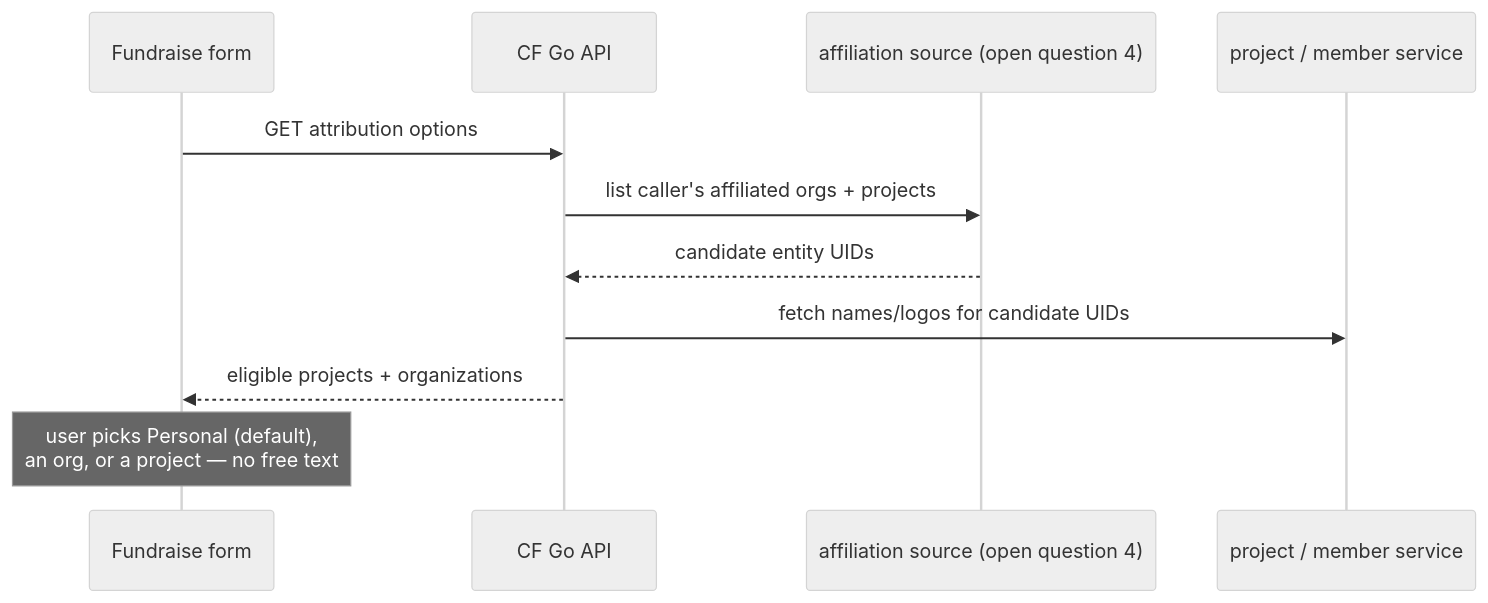
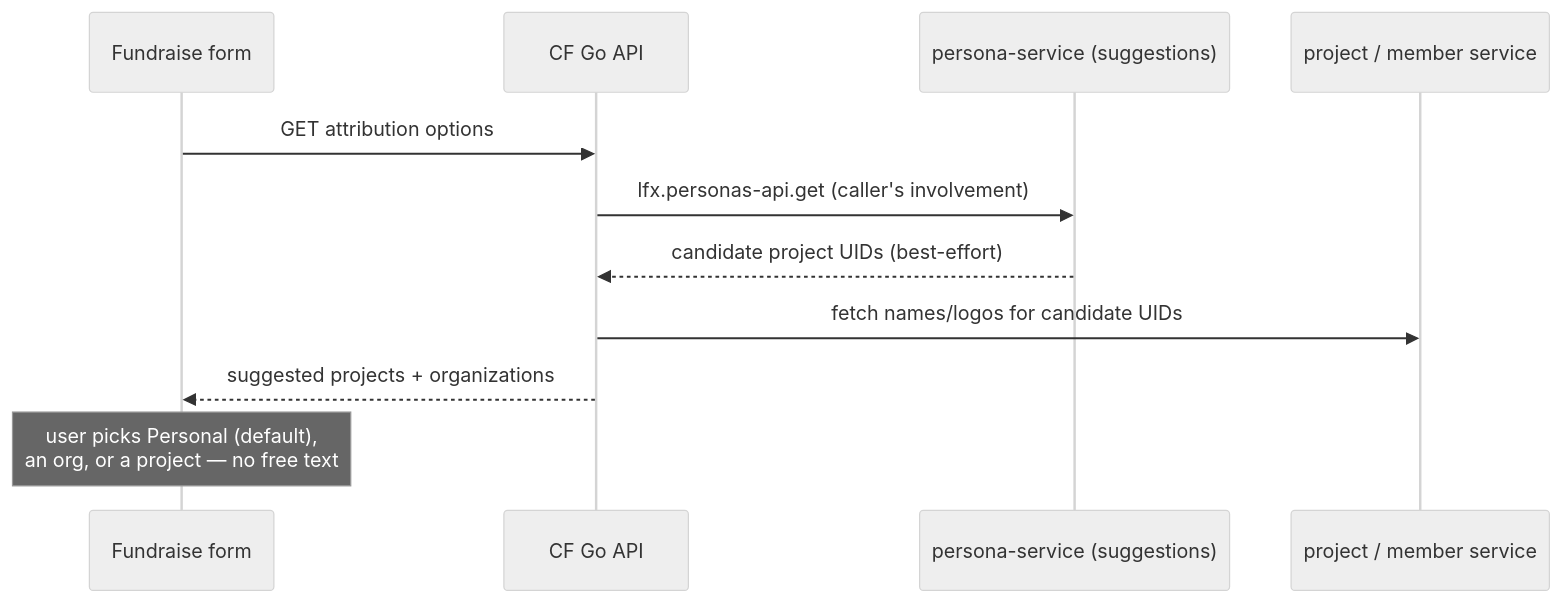
Before and after one commit to linuxfoundation/lfx-crowdfunding: the fourth of 4 diagrams in backend/docs/rewrite/11-initiative-attribution-and-access.md, drawn with Mermaid (neutral theme). The commit also changed other lines of this file, not shown here.

````diff
--- a/backend/docs/rewrite/11-initiative-attribution-and-access.md
+++ b/backend/docs/rewrite/11-initiative-attribution-and-access.md
@@ -249,14 +266,14 @@
 ```mermaid
 sequenceDiagram
     participant FE as Fundraise form
     participant API as CF Go API
-    participant AF as affiliation source (open question 4)
+    participant AF as persona-service (suggestions)
     participant PS as project / member service
 
     FE->>API: GET attribution options
-    API->>AF: list caller's affiliated orgs + projects
-    AF-->>API: candidate entity UIDs
+    API->>AF: lfx.personas-api.get (caller's involvement)
+    AF-->>API: candidate project UIDs (best-effort)
     API->>PS: fetch names/logos for candidate UIDs
-    API-->>FE: eligible projects + organizations
+    API-->>FE: suggested projects + organizations
     Note over FE: user picks Personal (default),<br/>an org, or a project — no free text
 ```
````
